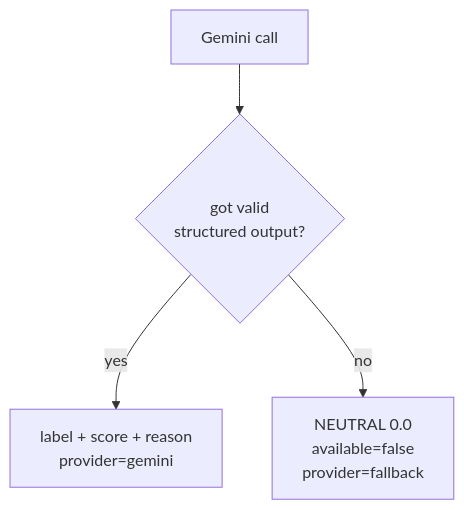
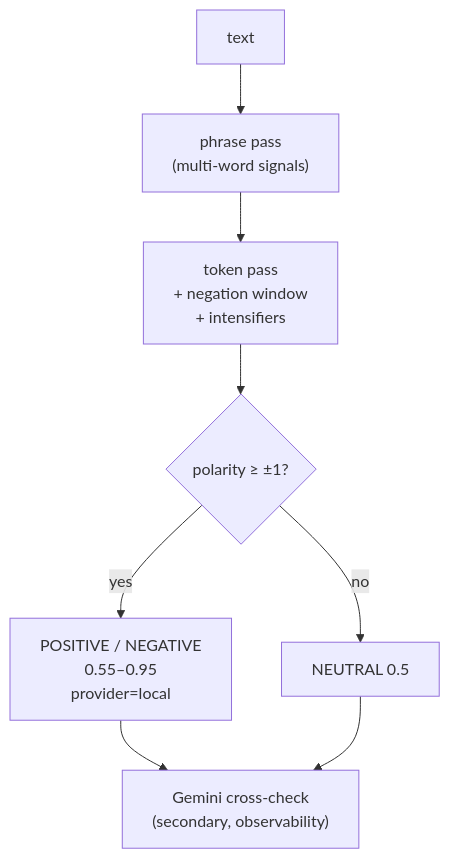
One commit to mhlohh/solwin changed the fifth of 15 diagrams in app/ml_services/docs/ARCHITECTURE.md. Above: the diagram before and after it, drawn with Mermaid. The commit also changed other lines of this file and 7 other files, not shown here.

````diff
--- a/app/ml_services/docs/ARCHITECTURE.md
+++ b/app/ml_services/docs/ARCHITECTURE.md
@@ -196,6 +209,10 @@
 ```mermaid
 flowchart TD
-    A["Gemini call"] --> B{"got valid\nstructured output?"}
-    B -- yes --> C["label + score + reason\nprovider=gemini"]
-    B -- no --> D["NEUTRAL 0.0\navailable=false\nprovider=fallback"]
+    A["text"] --> B["phrase pass\n(multi-word signals)"]
+    B --> C["token pass\n+ negation window\n+ intensifiers"]
+    C --> D{"polarity ≥ ±1?"}
+    D -- yes --> E["POSITIVE / NEGATIVE\n0.55–0.95\nprovider=local"]
+    D -- no --> F["NEUTRAL 0.5"]
+    E --> G["Gemini cross-check\n(secondary, observability)"]
+    F --> G
 ```
````
